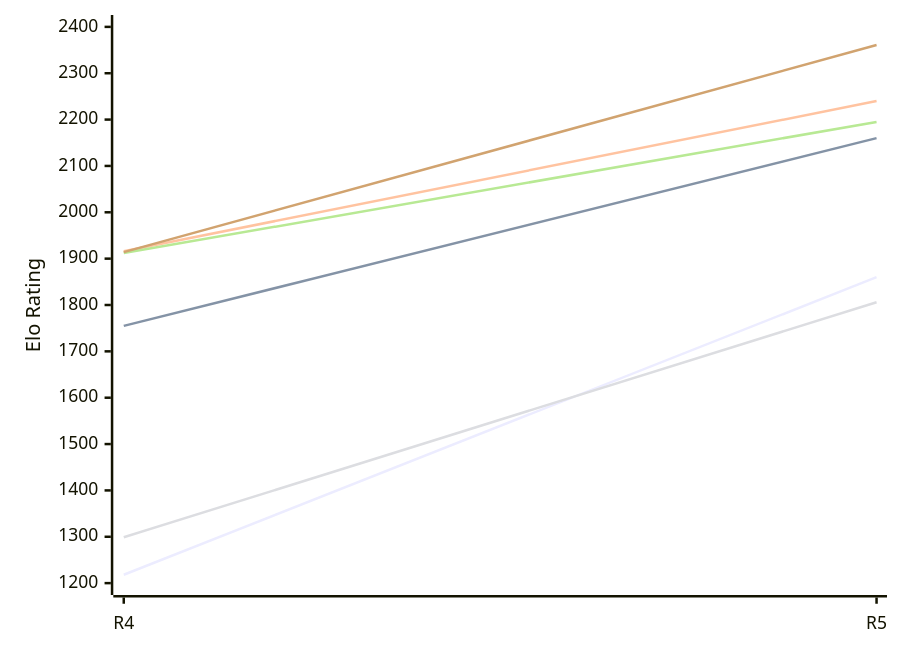
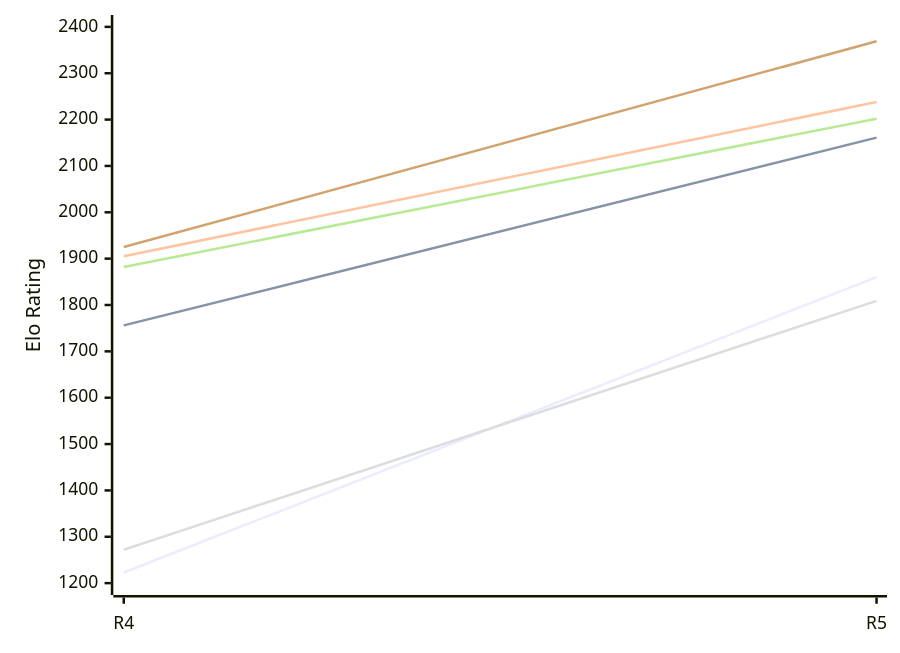
One commit to computer-chess-index/cci changed the first of 2 diagrams in engines/Viking.md. Above: the diagram before and after it, drawn with Mermaid. The commit also changed other lines of this file, not shown here.

Commit message:
Update CCI Ratings (ELO VLTC) - 2026-11-17

````diff
--- a/engines/Viking.md
+++ b/engines/Viking.md
@@ -50,12 +50,12 @@
 ```mermaid
 %%{init: {"theme":"base","themeVariables":{"seriesColors:['#a3a3a3','#222221','#faa371']}}}%%
 xychart-beta
   x-axis ["R4", "R5"]
   y-axis "Elo Rating" 1200 --> 2400
-  line "E1: STC (8.0+0.08s)" [1218, 1860]
-  line "E1: LTC (60.0+0.60s)" [1755, 2160]
-  line "E1: VLTC (2m24s+1.12s)" [1916, 2240]
-  line "P1: STC (8.0+0.08s)" [1299, 1806]
-  line "P1: LTC (60.0+0.60s)" [1912, 2195]
-  line "P1: VLTC (2m24s+1.12s)" [1914, 2361]
+  line "E1: STC (8.0+0.08s)" [1223, 1860]
+  line "E1: LTC (60.0+0.60s)" [1756, 2161]
+  line "E1: VLTC (2m24s+1.12s)" [1905, 2238]
+  line "P1: STC (8.0+0.08s)" [1272, 1809]
+  line "P1: LTC (60.0+0.60s)" [1882, 2202]
+  line "P1: VLTC (2m24s+1.12s)" [1925, 2369]
 ```
````
